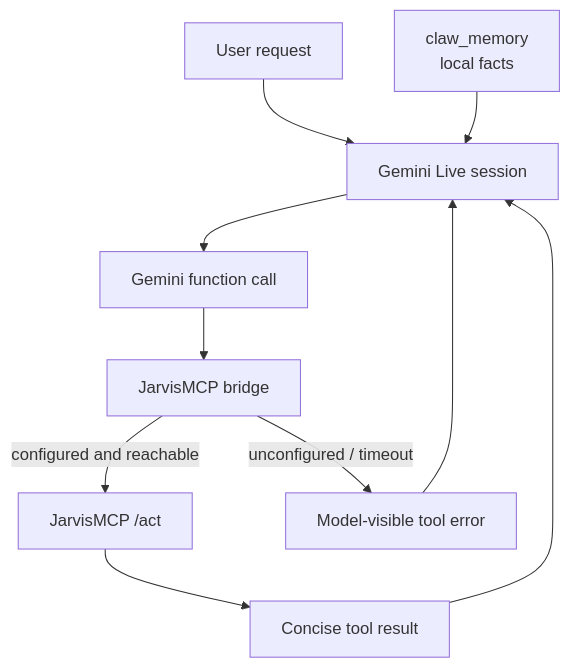
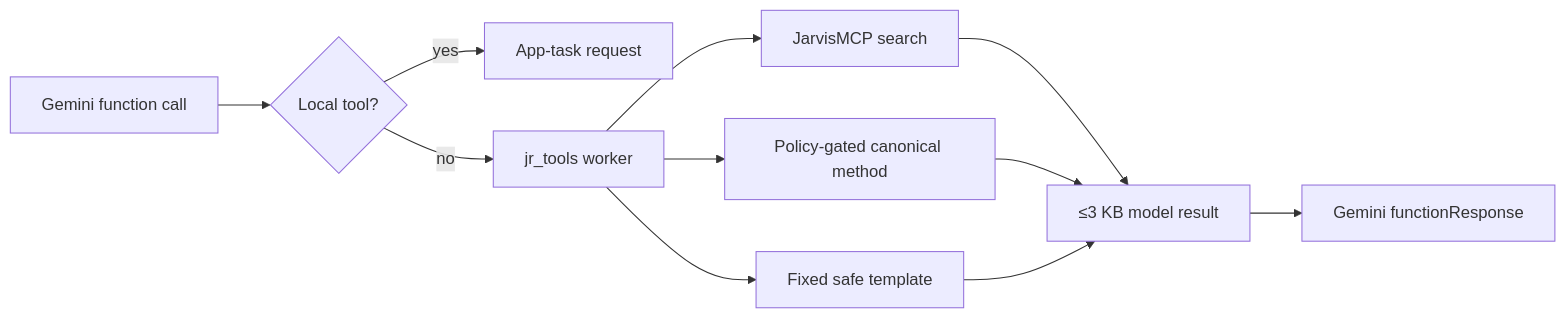
Before and after one commit to PascalAI2024/JarvisNano: the third of 4 diagrams in docs/ARCHITECTURE.md, drawn with Mermaid. The commit also changed other lines of this file and 114 other files, not shown here.

````diff
--- a/docs/ARCHITECTURE.md
+++ b/docs/ARCHITECTURE.md
@@ -193,21 +162,13 @@
 ```mermaid
-flowchart TB
-    User[User request]
-    Gemini[Gemini Live session]
-    Memory[claw_memory<br/>local facts]
-    ToolCall[Gemini function call]
-    Bridge[JarvisMCP bridge]
-    MCP[JarvisMCP /act]
-    Result[Concise tool result]
-    Failure[Model-visible tool error]
-
-    User --> Gemini
-    Memory --> Gemini
-    Gemini --> ToolCall
-    ToolCall --> Bridge
-    Bridge -->|configured and reachable| MCP
-    MCP --> Result
-    Bridge -->|unconfigured / timeout| Failure
-    Result --> Gemini
-    Failure --> Gemini
+flowchart LR
+    Call[Gemini function call] --> Local{Local tool?}
+    Local -->|yes| App[App-task request]
+    Local -->|no| Worker[jr_tools worker]
+    Worker --> Fixed[Fixed safe template]
+    Worker --> Search[JarvisMCP search]
+    Worker --> Execute[Policy-gated canonical method]
+    Search --> Result[≤3 KB model result]
+    Execute --> Result
+    Fixed --> Result
+    Result --> Reply[Gemini functionResponse]
 ```
````
